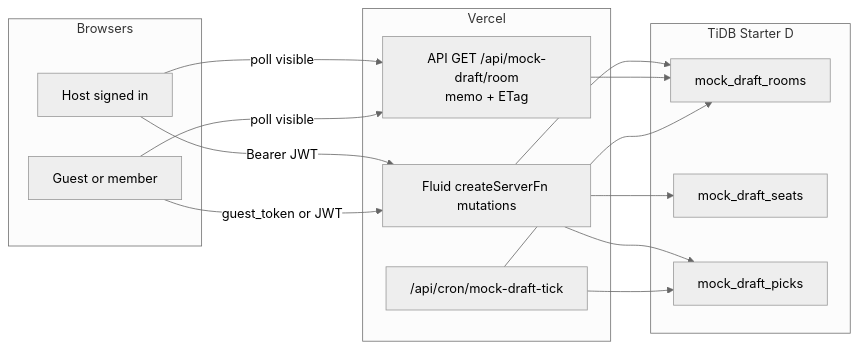
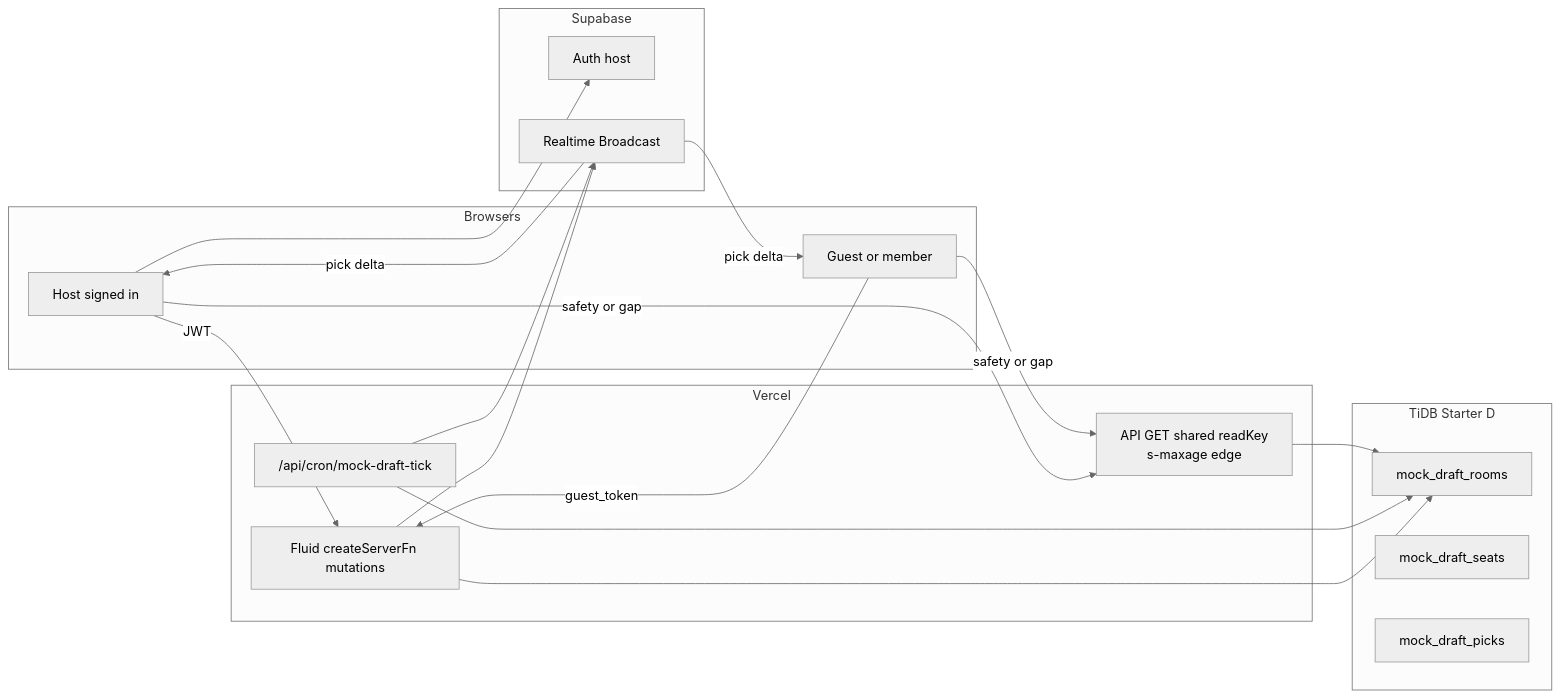
The second of 2 diagrams in docs/mock-draft-lobbies-plan.md (Jacob-Rollin/TheLeagueOffice), drawn with Mermaid (neutral theme) before and after one commit. The commit also changed other lines of this file and 1 other file, not shown here.

First line of the commit message:
Lock push-first mock sync: Broadcast + shared CDN reads.

````diff
--- a/docs/mock-draft-lobbies-plan.md
+++ b/docs/mock-draft-lobbies-plan.md
@@ -271,27 +232,33 @@
 ```mermaid
 flowchart LR
   subgraph clients [Browsers]
     Host[Host signed in]
     Guest[Guest or member]
   end
   subgraph vercel [Vercel]
     Mut[Fluid createServerFn mutations]
-    Read["API GET /api/mock-draft/room\nmemo + ETag"]
+    Read["API GET shared readKey\ns-maxage edge"]
     Cron["/api/cron/mock-draft-tick"]
+  end
+  subgraph supa [Supabase]
+    Auth[Auth host]
+    RT[Realtime Broadcast]
   end
   subgraph tidb [TiDB Starter D]
     Rooms[mock_draft_rooms]
     Seats[mock_draft_seats]
     Picks[mock_draft_picks]
   end
-  Host -->|Bearer JWT| Mut
-  Guest -->|guest_token or JWT| Mut
-  Host -->|poll visible| Read
-  Guest -->|poll visible| Read
+  Host -->|JWT| Mut
+  Guest -->|guest_token| Mut
   Mut --> Rooms
-  Mut --> Seats
-  Mut --> Picks
+  Mut --> RT
+  Cron --> Rooms
+  Cron --> RT
+  RT -->|pick delta| Host
+  RT -->|pick delta| Guest
+  Host -->|safety or gap| Read
+  Guest -->|safety or gap| Read
   Read --> Rooms
-  Cron --> Rooms
-  Cron --> Picks
+  Host --> Auth
 ```
````
